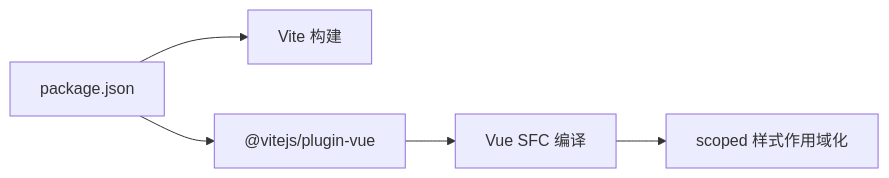
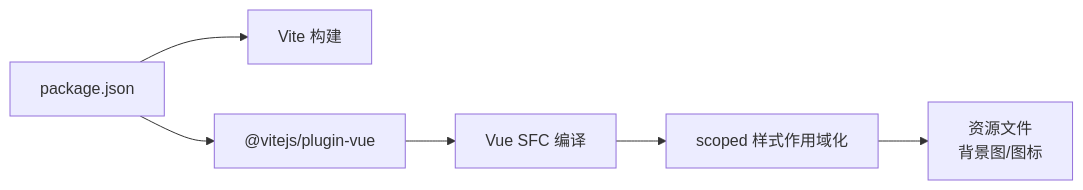
The fifth of 5 diagrams in .qoder/repowiki/zh/content/样式系统.md (xuanyulingnfeg/gameCalendar), drawn with Mermaid before and after one commit. The commit also changed other lines of this file and 7 other files, not shown here.

````diff
--- a/.qoder/repowiki/zh/content/样式系统.md
+++ b/.qoder/repowiki/zh/content/样式系统.md
@@ -197,7 +273,8 @@
 ```mermaid
 graph LR
 P["package.json"] --> V["Vite 构建"]
 P --> PL["@vitejs/plugin-vue"]
 PL --> SFC["Vue SFC 编译"]
 SFC --> CSS["scoped 样式作用域化"]
+CSS --> RES["资源文件<br/>背景图/图标"]
 ```
````
